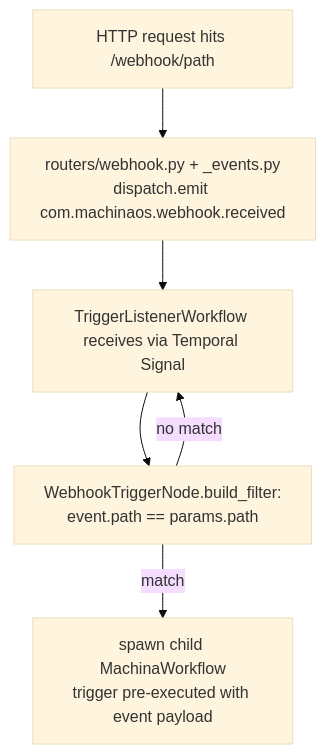
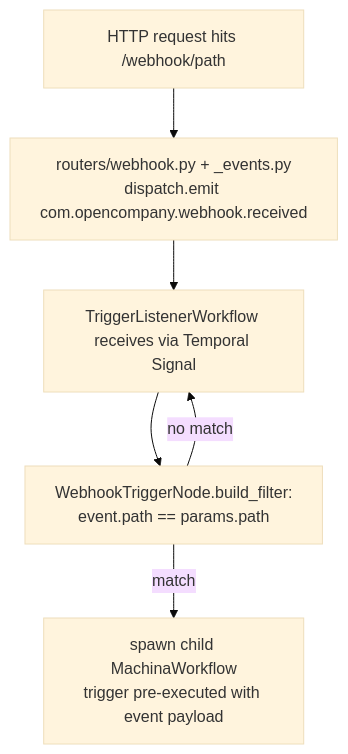
The diagram in docs-internal/node-logic-flows/workflow_triggers/webhookTrigger.md (zeenie-ai/OpenCompany), drawn with Mermaid (base theme) before and after one commit. The commit also changed other lines of this file and 405 other files, not shown here.

````diff
--- a/docs-internal/node-logic-flows/workflow_triggers/webhookTrigger.md
+++ b/docs-internal/node-logic-flows/workflow_triggers/webhookTrigger.md
@@ -64,8 +64,8 @@
 ```mermaid
 flowchart TD
-  P[HTTP request hits /webhook/path] --> Q[routers/webhook.py + _events.py<br/>dispatch.emit com.machinaos.webhook.received]
+  P[HTTP request hits /webhook/path] --> Q[routers/webhook.py + _events.py<br/>dispatch.emit com.opencompany.webhook.received]
   Q --> R[TriggerListenerWorkflow receives via Temporal Signal]
   R --> S[WebhookTriggerNode.build_filter:<br/>event.path == params.path]
   S -- match --> T[spawn child MachinaWorkflow<br/>trigger pre-executed with event payload]
   S -- no match --> R
 ```
````
